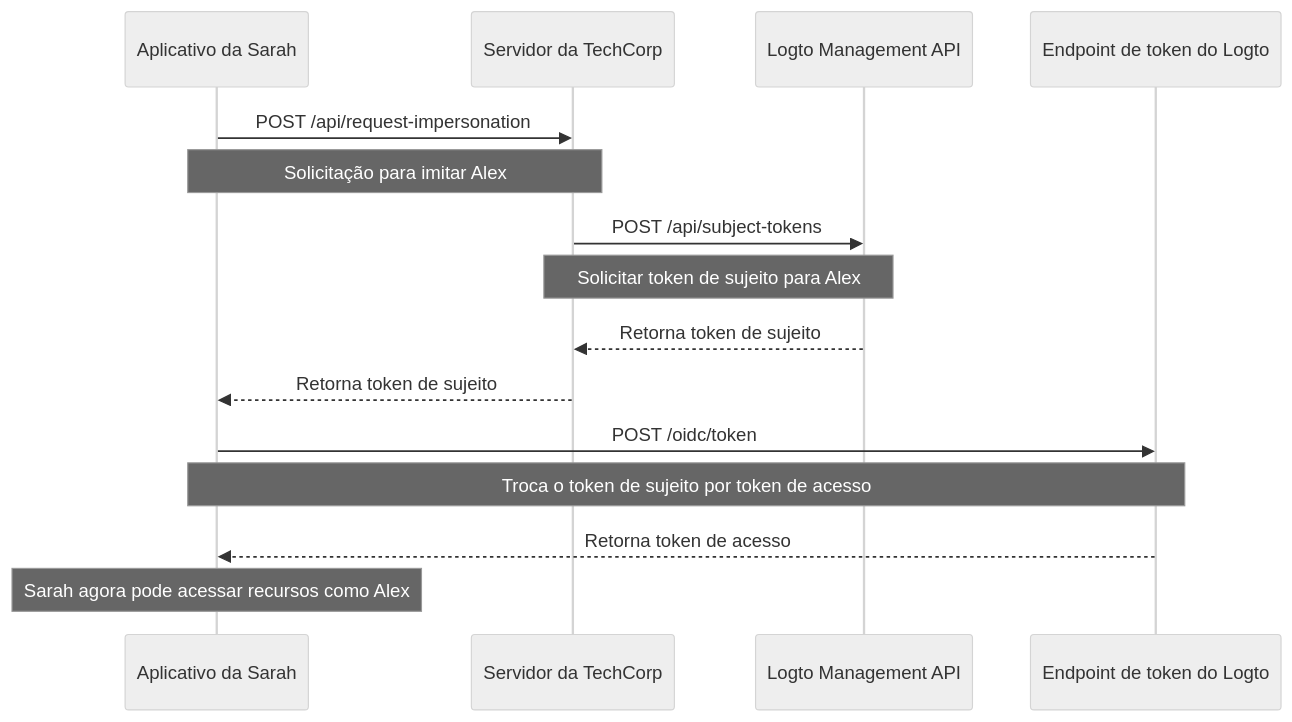
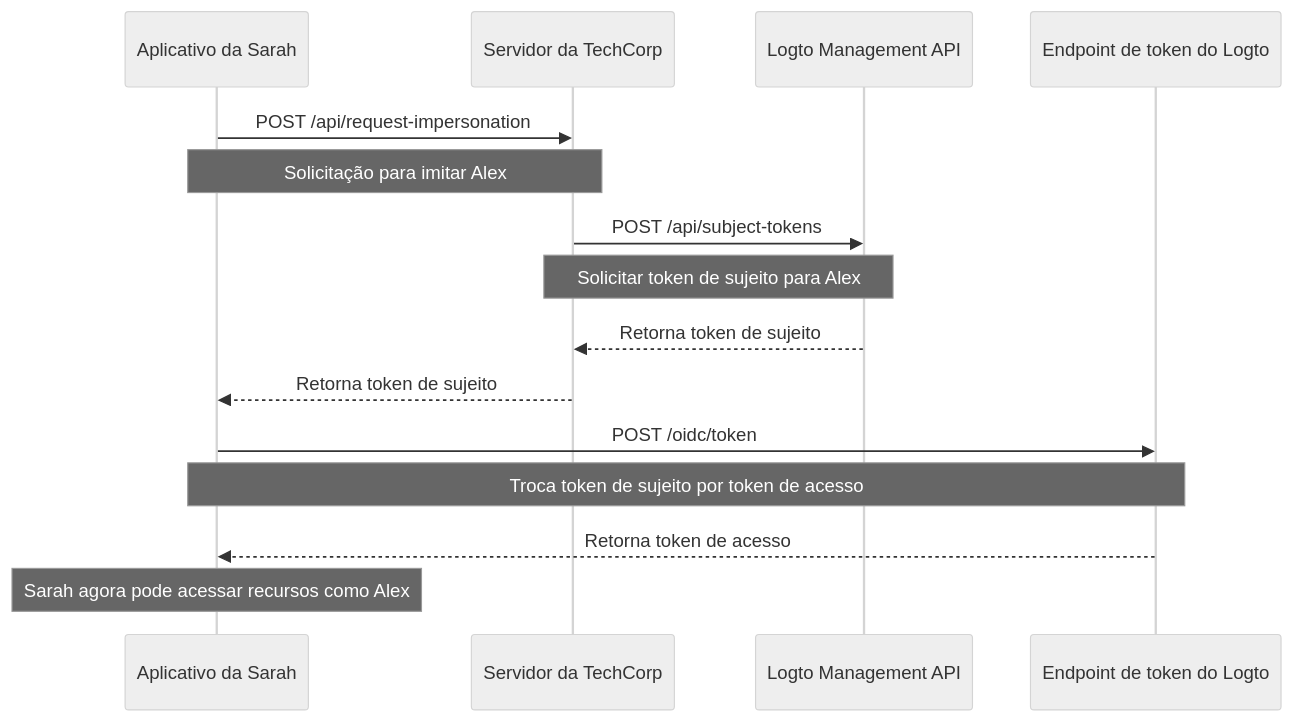
The diagram in i18n/pt-BR/docusaurus-plugin-content-docs/current/developers/user-impersonation.mdx (logto-io/docs), drawn with Mermaid (neutral theme) before and after one commit. The commit also changed other lines of this file and 161 other files, not shown here.

````diff
--- a/i18n/pt-BR/docusaurus-plugin-content-docs/current/developers/user-impersonation.mdx
+++ b/i18n/pt-BR/docusaurus-plugin-content-docs/current/developers/user-impersonation.mdx
@@ -18,22 +18,22 @@
 ```mermaid
 sequenceDiagram
     participant Sarah as Aplicativo da Sarah
     participant TechCorp as Servidor da TechCorp
     participant Logto as Logto Management API
     participant LogtoToken as Endpoint de token do Logto
 
     Sarah->>TechCorp: POST /api/request-impersonation
     Note over Sarah,TechCorp: Solicitação para imitar Alex
 
     TechCorp->>Logto: POST /api/subject-tokens
     Note over TechCorp,Logto: Solicitar token de sujeito para Alex
 
     Logto-->>TechCorp: Retorna token de sujeito
     TechCorp-->>Sarah: Retorna token de sujeito
 
     Sarah->>LogtoToken: POST /oidc/token
-    Note over Sarah,LogtoToken: Troca o token de sujeito por token de acesso
+    Note over Sarah,LogtoToken: Troca token de sujeito por token de acesso
 
     LogtoToken-->>Sarah: Retorna token de acesso
     Note over Sarah: Sarah agora pode acessar recursos como Alex
 ```
````
